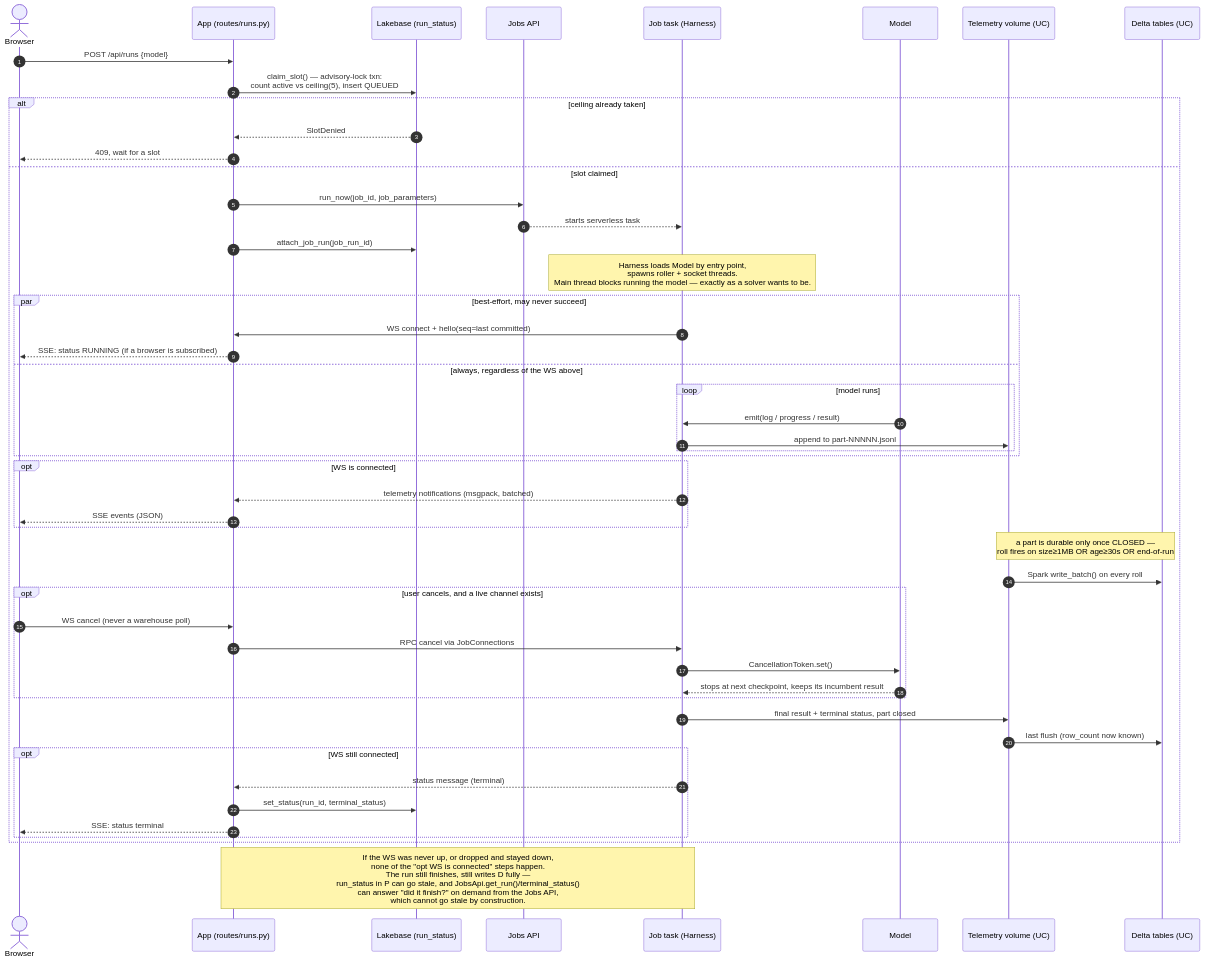
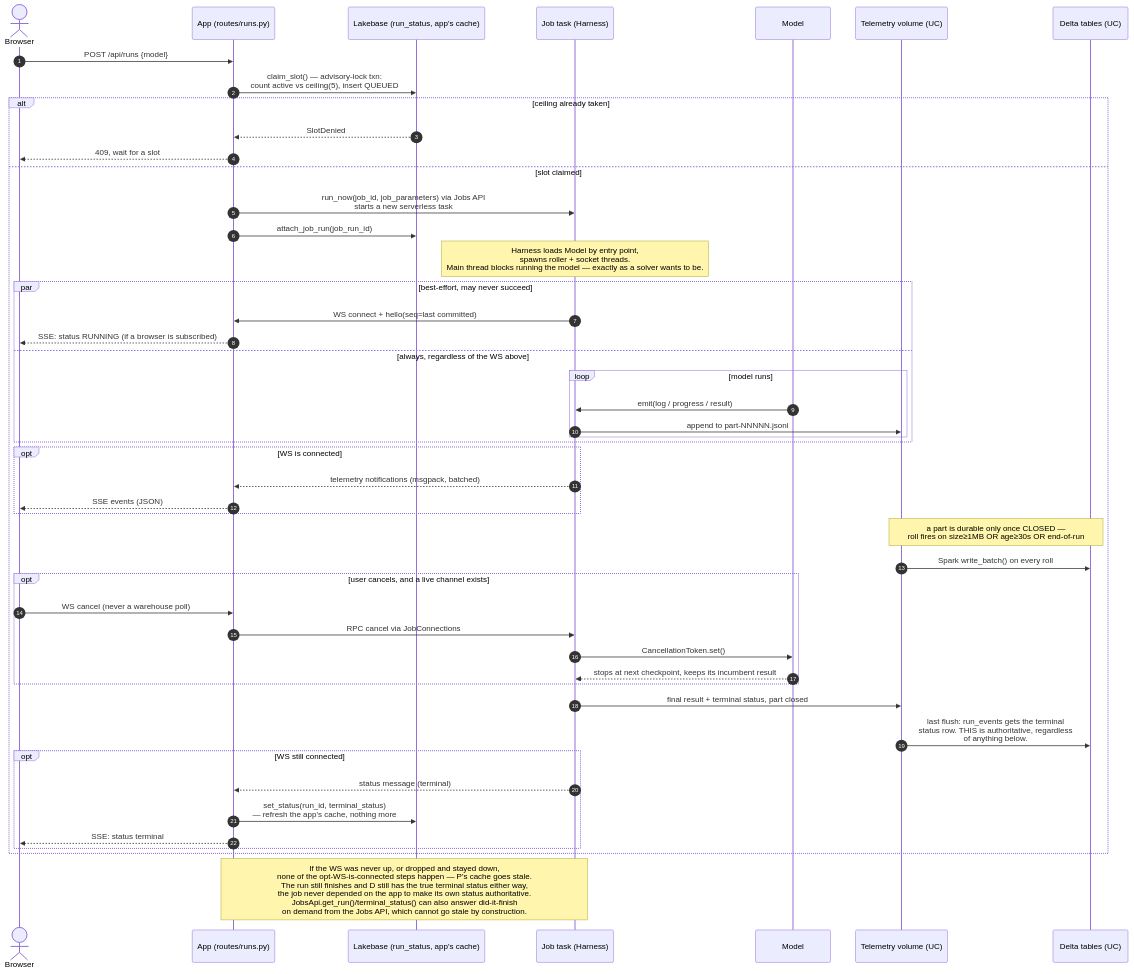
The second of 2 diagrams in docs/architecture-diagram.md (NoTouchingKids/DBX_leaning), drawn with Mermaid before and after one commit. The commit also changed other lines of this file, not shown here.

First line of the commit message:
Simplify Jobs API/OIDC and clarify run_events as authoritative

````diff
--- a/docs/architecture-diagram.md
+++ b/docs/architecture-diagram.md
@@ -160,53 +170,51 @@
 ```mermaid
 sequenceDiagram
     autonumber
     actor U as Browser
     participant A as App (routes/runs.py)
-    participant P as Lakebase (run_status)
-    participant JA as Jobs API
+    participant P as Lakebase (run_status, app's cache)
     participant J as Job task (Harness)
     participant M as Model
     participant V as Telemetry volume (UC)
     participant D as Delta tables (UC)
 
     U->>A: POST /api/runs {model}
     A->>P: claim_slot() — advisory-lock txn:<br/>count active vs ceiling(5), insert QUEUED
     alt ceiling already taken
         P-->>A: SlotDenied
         A-->>U: 409, wait for a slot
     else slot claimed
-        A->>JA: run_now(job_id, job_parameters)
-        JA-->>J: starts serverless task
+        A->>J: run_now(job_id, job_parameters) via Jobs API<br/>starts a new serverless task
         A->>P: attach_job_run(job_run_id)
         Note over J: Harness loads Model by entry point,<br/>spawns roller + socket threads.<br/>Main thread blocks running the model — exactly as a solver wants to be.
         par best-effort, may never succeed
             J->>A: WS connect + hello(seq=last committed)
             A-->>U: SSE: status RUNNING (if a browser is subscribed)
         and always, regardless of the WS above
             loop model runs
                 M->>J: emit(log / progress / result)
                 J->>V: append to part-NNNNN.jsonl
             end
         end
         opt WS is connected
             J-->>A: telemetry notifications (msgpack, batched)
             A-->>U: SSE events (JSON)
         end
         Note over V,D: a part is durable only once CLOSED —<br/>roll fires on size≥1MB OR age≥30s OR end-of-run
         V->>D: Spark write_batch() on every roll
         opt user cancels, and a live channel exists
             U->>A: WS cancel (never a warehouse poll)
             A->>J: RPC cancel via JobConnections
             J->>M: CancellationToken.set()
             M-->>J: stops at next checkpoint, keeps its incumbent result
         end
         J->>V: final result + terminal status, part closed
-        V->>D: last flush (row_count now known)
+        V->>D: last flush: run_events gets the terminal<br/>status row. THIS is authoritative, regardless<br/>of anything below.
         opt WS still connected
             J-->>A: status message (terminal)
-            A->>P: set_status(run_id, terminal_status)
+            A->>P: set_status(run_id, terminal_status)<br/>— refresh the app's cache, nothing more
             A-->>U: SSE: status terminal
         end
     end
-    Note over A,J: If the WS was never up, or dropped and stayed down,<br/>none of the "opt WS is connected" steps happen.<br/>The run still finishes, still writes D fully — <br/>run_status in P can go stale, and JobsApi.get_run()/terminal_status()<br/>can answer "did it finish?" on demand from the Jobs API,<br/>which cannot go stale by construction.
+    Note over A,J: If the WS was never up, or dropped and stayed down,<br/>none of the opt-WS-is-connected steps happen — P's cache goes stale.<br/>The run still finishes and D still has the true terminal status either way,<br/>the job never depended on the app to make its own status authoritative.<br/>JobsApi.get_run()/terminal_status() can also answer did-it-finish<br/>on demand from the Jobs API, which cannot go stale by construction.
 ```
````
